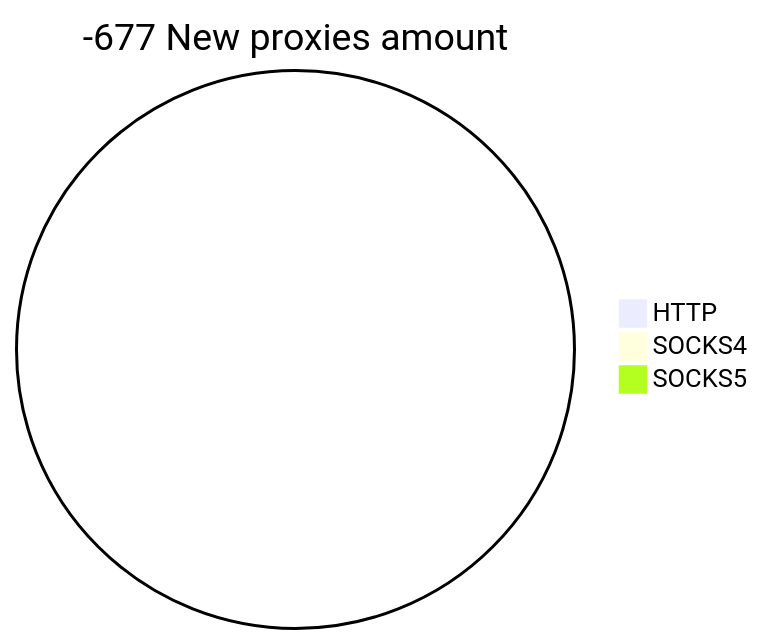
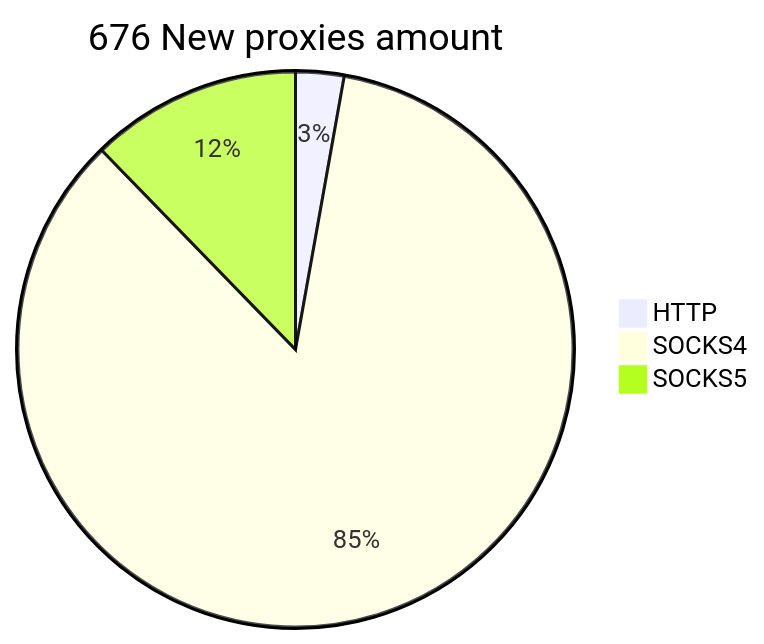
One commit to cutipu/proxylist changed the second of 2 diagrams in README.md. Above: the diagram before and after it, drawn with Mermaid. The commit also changed other lines of this file, not shown here.

````diff
--- a/README.md
+++ b/README.md
@@ -10,6 +10,6 @@
 ```mermaid
-pie title -677 New proxies amount
-    "HTTP" : 0
-    "SOCKS4" : 0
-    "SOCKS5" : 0
+pie title 676 New proxies amount
+    "HTTP" : 19
+    "SOCKS4" : 574
+    "SOCKS5" : 83
 ```
````
